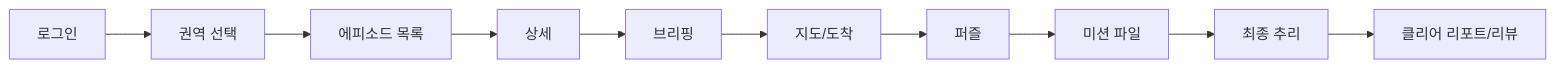
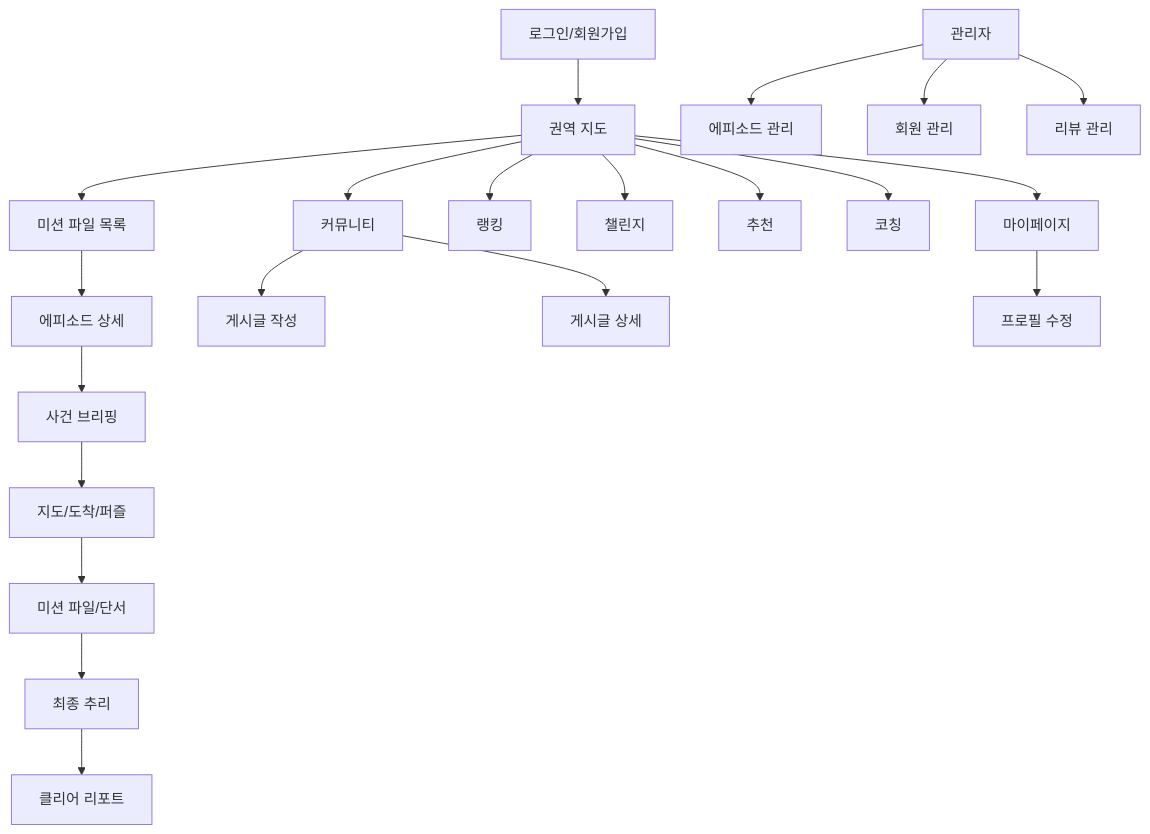
The diagram in docs/04_SCREEN_DESIGN.md (kanghyunsoon/operation-seoul), drawn with Mermaid before and after one commit. The commit also changed other lines of this file and 41 other files, not shown here.

````diff
--- a/docs/04_SCREEN_DESIGN.md
+++ b/docs/04_SCREEN_DESIGN.md
@@ -28,12 +5,23 @@
 ```mermaid
-flowchart LR
-  Login[로그인] --> Region[권역 선택]
-  Region --> List[에피소드 목록]
-  List --> Detail[상세]
-  Detail --> Briefing[브리핑]
-  Briefing --> Map[지도/도착]
-  Map --> Puzzle[퍼즐]
-  Puzzle --> CaseFile[미션 파일]
-  CaseFile --> Deduction[최종 추리]
-  Deduction --> Report[클리어 리포트/리뷰]
+flowchart TB
+    Intro[로그인/회원가입] --> RegionMap[권역 지도]
+    RegionMap --> EpisodeList[미션 파일 목록]
+    EpisodeList --> EpisodeDetail[에피소드 상세]
+    EpisodeDetail --> Briefing[사건 브리핑]
+    Briefing --> EpisodeMap[지도/도착/퍼즐]
+    EpisodeMap --> CaseFile[미션 파일/단서]
+    CaseFile --> Deduction[최종 추리]
+    Deduction --> ClearReport[클리어 리포트]
+    RegionMap --> Community[커뮤니티]
+    Community --> PostWrite[게시글 작성]
+    Community --> PostDetail[게시글 상세]
+    RegionMap --> Ranking[랭킹]
+    RegionMap --> Challenges[챌린지]
+    RegionMap --> Recommendations[추천]
+    RegionMap --> Coaching[코칭]
+    RegionMap --> MyPage[마이페이지]
+    MyPage --> ProfileEdit[프로필 수정]
+    Admin[관리자] --> AdminEpisodes[에피소드 관리]
+    Admin --> AdminUsers[회원 관리]
+    Admin --> AdminReviews[리뷰 관리]
 ```
````
